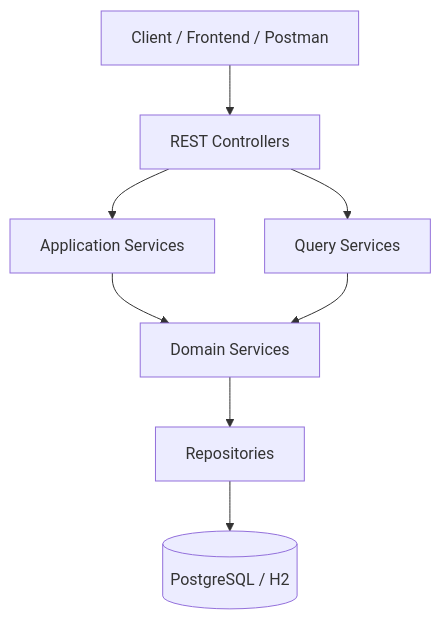
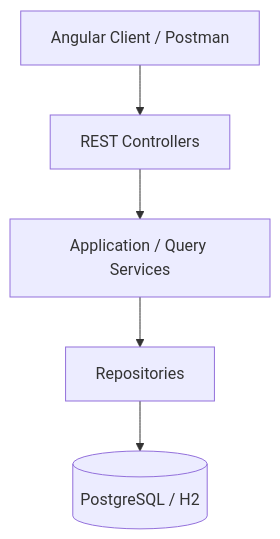
One commit to SebastianDelage/sERPent-back-end changed the second of 3 diagrams in sERPent/README.md. Above: the diagram before and after it, drawn with Mermaid. The commit also changed other lines of this file and 1 other file, not shown here.

Commit message:
docs: update README and ARCHITECTURE documentation with system ecosystem and diagrams

````diff
--- a/sERPent/README.md
+++ b/sERPent/README.md
@@ -20,15 +53,11 @@
 ```mermaid
 flowchart TD
 
-Client[Client / Frontend / Postman] --> Controller[REST Controllers]
+Client[Angular Client / Postman] --> Controller[REST Controllers]
 
-Controller --> AppService[Application Services]
-Controller --> QueryService[Query Services]
+Controller --> Service[Application / Query Services]
 
-AppService --> DomainService[Domain Services]
-QueryService --> DomainService
-
-DomainService --> Repository[Repositories]
+Service --> Repository[Repositories]
 
 Repository --> Database[(PostgreSQL / H2)]
 ```
````
